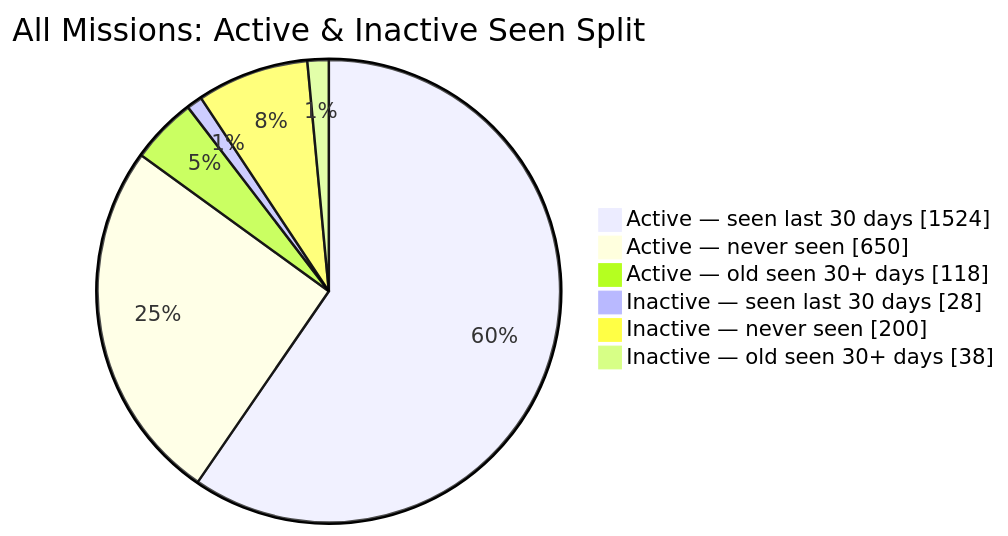
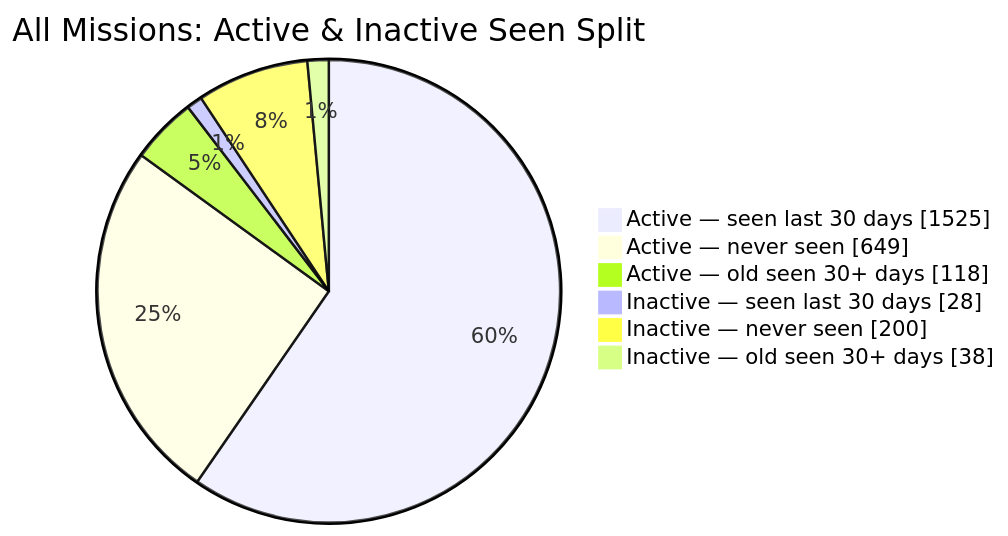
One commit to MeldkamerspelGameTeam/active-missions changed the second of 2 diagrams in README.md. Above: the diagram before and after it, drawn with Mermaid. The commit also changed other lines of this file and 3 other files, not shown here.

````diff
--- a/README.md
+++ b/README.md
@@ -44,10 +44,10 @@
 ```mermaid
 pie showData
     title All Missions: Active & Inactive Seen Split
-    "Active — seen last 30 days" : 1524
-    "Active — never seen" : 650
+    "Active — seen last 30 days" : 1525
+    "Active — never seen" : 649
     "Active — old seen 30+ days" : 118
     "Inactive — seen last 30 days" : 28
     "Inactive — never seen" : 200
     "Inactive — old seen 30+ days" : 38
 ```
````
